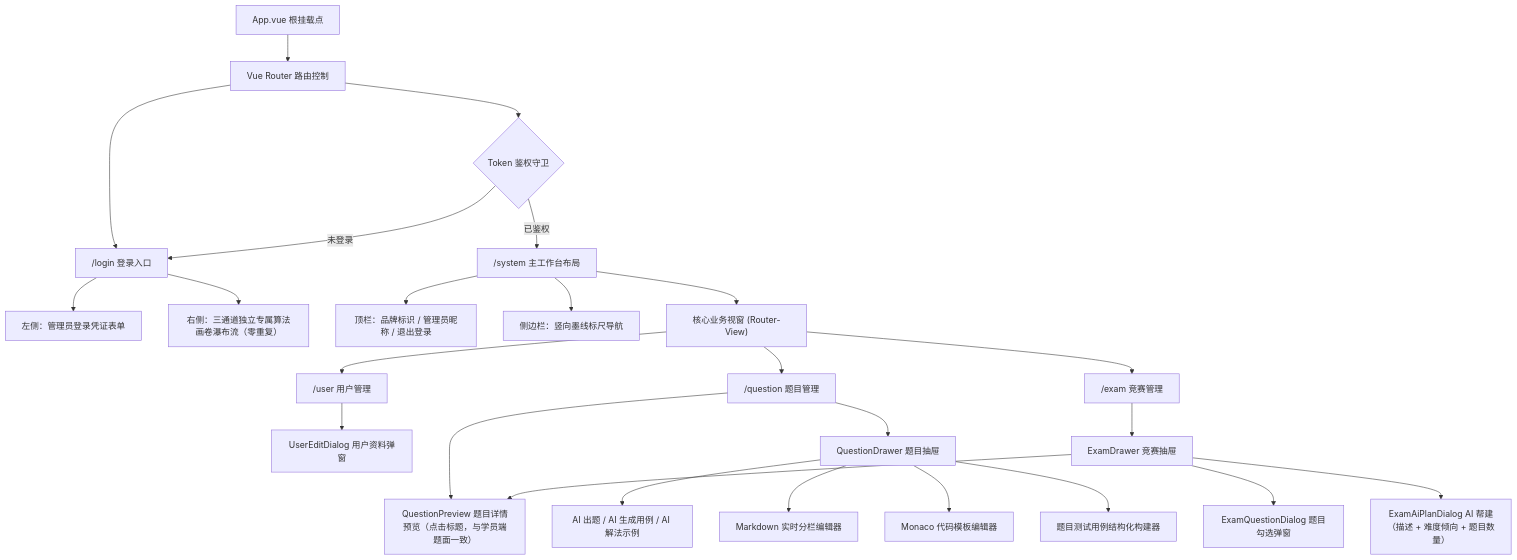
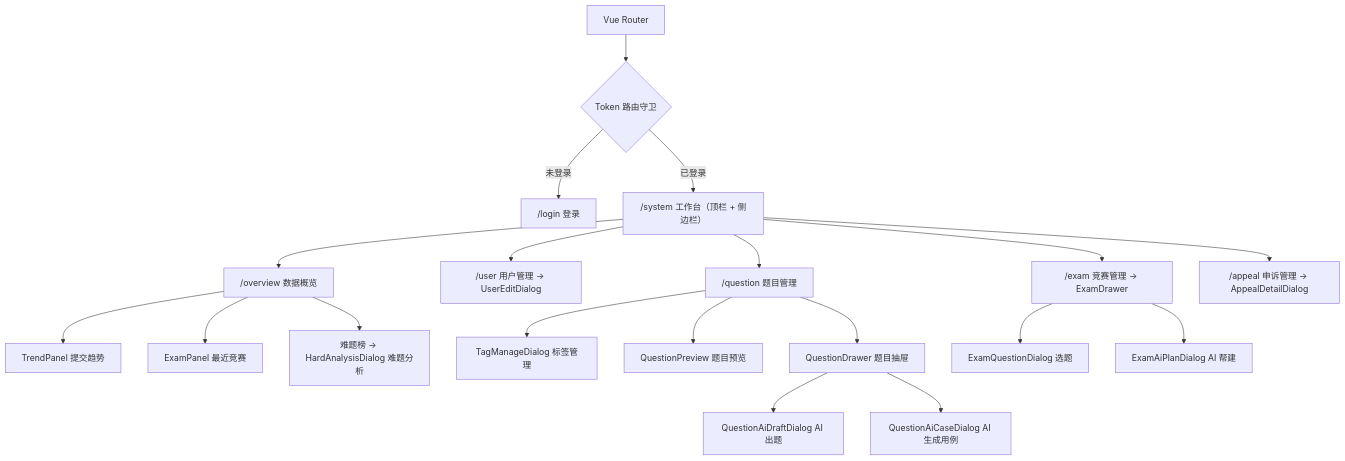
The second of 10 diagrams in README.md (pluchon/online_oj_vue), drawn with Mermaid before and after one commit. The commit also changed other lines of this file and 20 other files, not shown here.

````diff
--- a/README.md
+++ b/README.md
@@ -21,33 +123,26 @@
 ```mermaid
 flowchart TD
-    App["App.vue 根挂载点"] --> Router["Vue Router 路由控制"]
-    
-    Router --> Login["/login 登录入口"]
-    Login --> Form["左侧：管理员登录凭证表单"]
-    Login --> Masonry["右侧：三通道独立专属算法画卷瀑布流（零重复）"]
+    Router["Vue Router"] --> Guard{"Token 路由守卫"}
+    Guard --"未登录"--> Login["/login 登录"]
+    Guard --"已登录"--> Layout["/system 工作台（顶栏 + 侧边栏）"]
 
-    Router --> AuthGuard{"Token 鉴权守卫"}
-    AuthGuard --"未登录"--> Login
-    AuthGuard --"已鉴权"--> Layout["/system 主工作台布局"]
+    Layout --> Overview["/overview 数据概览"]
+    Overview --> Trend["TrendPanel 提交趋势"]
+    Overview --> ExamPanel["ExamPanel 最近竞赛"]
+    Overview --> Hard["难题榜 → HardAnalysisDialog 难题分析"]
 
-    Layout --> Header["顶栏：品牌标识 / 管理员昵称 / 退出登录"]
-    Layout --> Sidebar["侧边栏：竖向墨线标尺导航"]
-    Layout --> Workspace["核心业务视窗 (Router-View)"]
+    Layout --> User["/user 用户管理 → UserEditDialog"]
 
-    Workspace --> UserView["/user 用户管理"]
-    UserView --> UserDialog["UserEditDialog 用户资料弹窗"]
-    
-    Workspace --> QuestionView["/question 题目管理"]
-    QuestionView --> QuestionPreview["QuestionPreview 题目详情预览（点击标题，与学员端题面一致）"]
-    QuestionView --> QuestionDrawer["QuestionDrawer 题目抽屉"]
-    QuestionDrawer --> AiDraft["AI 出题 / AI 生成用例 / AI 解法示例"]
-    QuestionDrawer --> MdEditor["Markdown 实时分栏编辑器"]
-    QuestionDrawer --> MonacoEditor["Monaco 代码模板编辑器"]
-    QuestionDrawer --> CaseBuilder["题目测试用例结构化构建器"]
+    Layout --> Question["/question 题目管理"]
+    Question --> Tag["TagManageDialog 标签管理"]
+    Question --> Preview["QuestionPreview 题目预览"]
+    Question --> Drawer["QuestionDrawer 题目抽屉"]
+    Drawer --> AiDraft["QuestionAiDraftDialog AI 出题"]
+    Drawer --> AiCase["QuestionAiCaseDialog AI 生成用例"]
 
-    Workspace --> ExamView["/exam 竞赛管理"]
-    ExamView --> ExamDrawer["ExamDrawer 竞赛抽屉"]
-    ExamDrawer --> ExamQDialog["ExamQuestionDialog 题目勾选弹窗"]
-    ExamDrawer --> ExamAiPlan["ExamAiPlanDialog AI 帮建（描述 + 难度倾向 + 题目数量）"]
-    ExamDrawer --> QuestionPreview
+    Layout --> Exam["/exam 竞赛管理 → ExamDrawer"]
+    Exam --> ExamQ["ExamQuestionDialog 选题"]
+    Exam --> AiPlan["ExamAiPlanDialog AI 帮建"]
+
+    Layout --> Appeal["/appeal 申诉管理 → AppealDetailDialog"]
 ```
````
